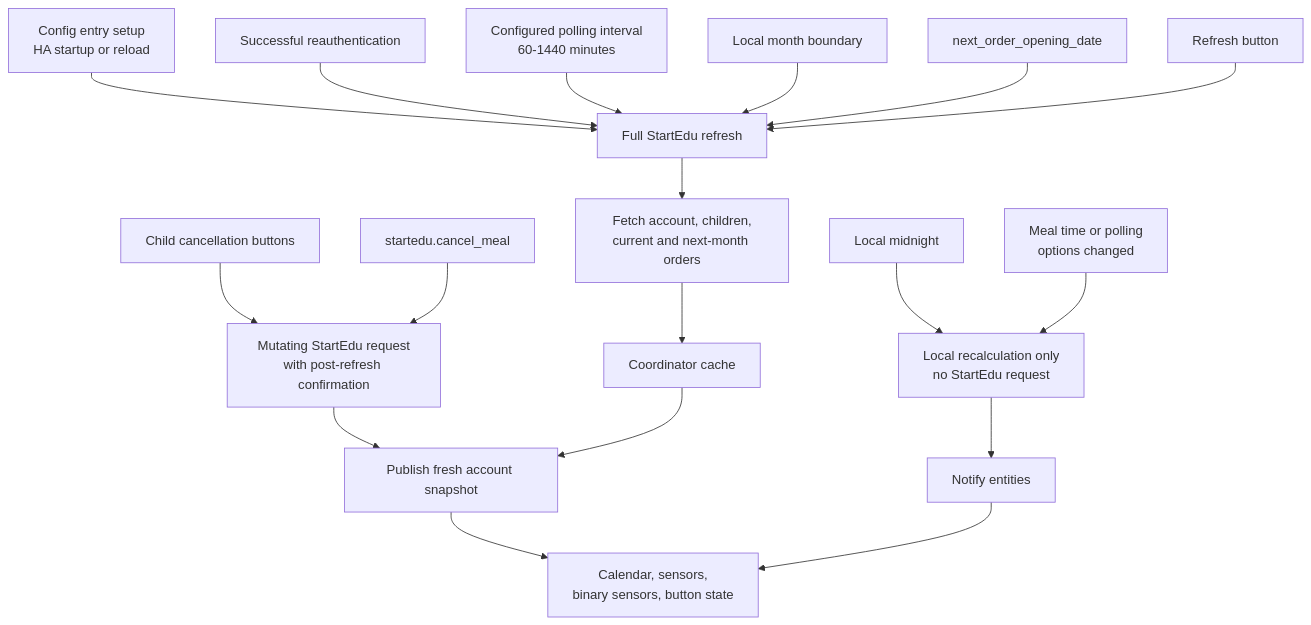
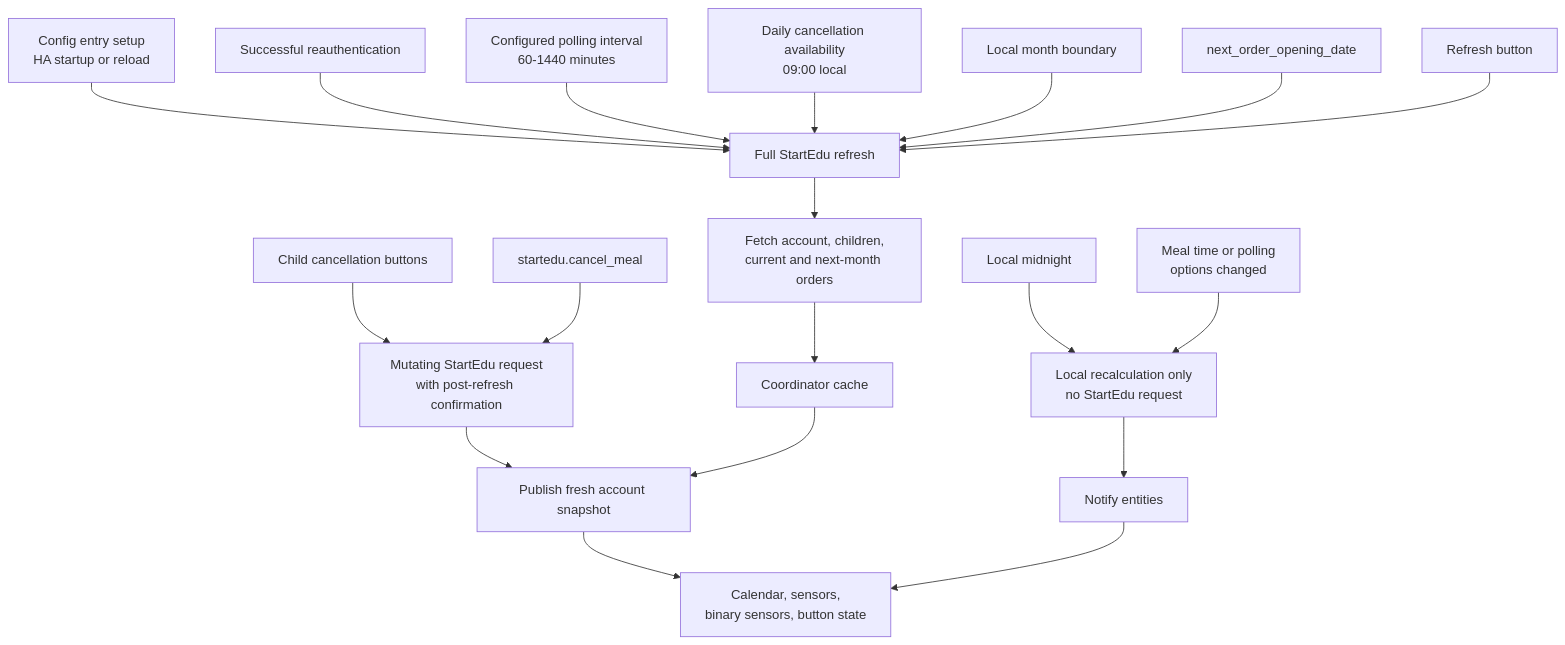
One commit to patrykchoros/startedu-ha changed the diagram in docs/synchronization-strategy.md. Above: the diagram before and after it, drawn with Mermaid. The commit also changed other lines of this file and 11 other files, not shown here.

````diff
--- a/docs/synchronization-strategy.md
+++ b/docs/synchronization-strategy.md
@@ -12,25 +13,26 @@
 ```mermaid
 flowchart TD
     setup["Config entry setup\nHA startup or reload"] --> full
     reauth["Successful reauthentication"] --> full
     poll["Configured polling interval\n60-1440 minutes"] --> full
+    cancel_window["Daily cancellation availability\n09:00 local"] --> full
     month["Local month boundary"] --> full
     opening["next_order_opening_date"] --> full
     manual["Refresh button"] --> full
 
     cancel_buttons["Child cancellation buttons"] --> mutation
     cancel["startedu.cancel_meal"] --> mutation
     mutation["Mutating StartEdu request\nwith post-refresh confirmation"] --> publish
 
     full["Full StartEdu refresh"] --> fetch
     fetch["Fetch account, children,\ncurrent and next-month orders"] --> cache
     cache["Coordinator cache"] --> publish
 
     midnight["Local midnight"] --> local
     options["Meal time or polling\noptions changed"] --> local
     local["Local recalculation only\nno StartEdu request"] --> notify
 
     publish["Publish fresh account snapshot"] --> entities
     notify["Notify entities"] --> entities
     entities["Calendar, sensors,\nbinary sensors, button state"]
 ```
````
